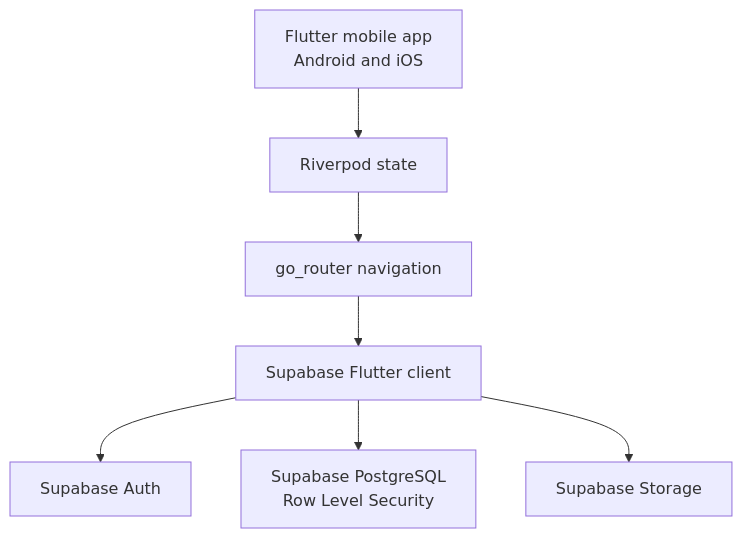
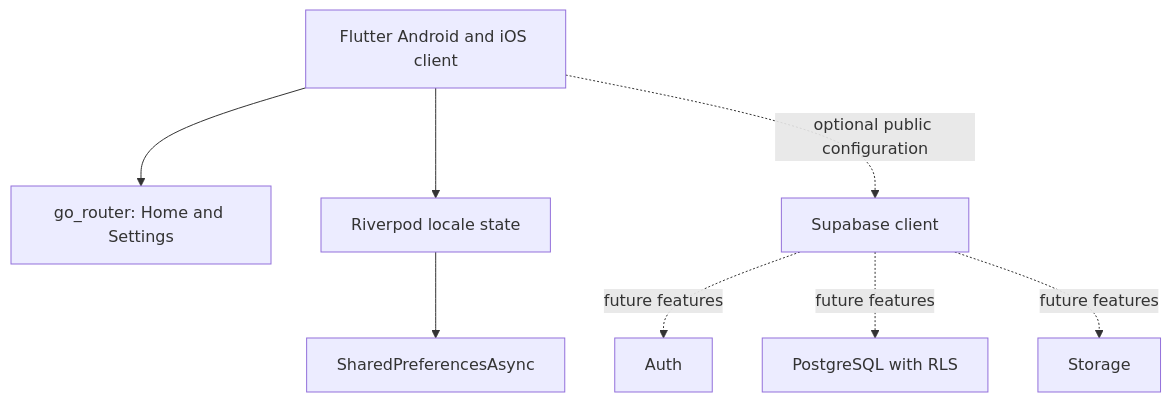
The diagram in docs/architecture/overview.md (nabinphoenix/tourism_app), drawn with Mermaid before and after one commit. The commit also changed other lines of this file and 93 other files, not shown here.

```diff
--- a/docs/architecture/overview.md
+++ b/docs/architecture/overview.md
@@ -5,9 +5,10 @@
 ~~~mermaid
 flowchart TD
-    Mobile[Flutter mobile app<br/>Android and iOS] --> AppState[Riverpod state]
-    AppState --> Routes[go_router navigation]
-    Routes --> Client[Supabase Flutter client]
-    Client --> Auth[Supabase Auth]
-    Client --> Postgres[Supabase PostgreSQL<br/>Row Level Security]
-    Client --> Storage[Supabase Storage]
+    App[Flutter Android and iOS client] --> Router[go_router: Home and Settings]
+    App --> State[Riverpod locale state]
+    State --> Preferences[SharedPreferencesAsync]
+    App -. optional public configuration .-> Supabase[Supabase client]
+    Supabase -. future features .-> Auth[Auth]
+    Supabase -. future features .-> Database[PostgreSQL with RLS]
+    Supabase -. future features .-> Storage[Storage]
 ~~~
```
